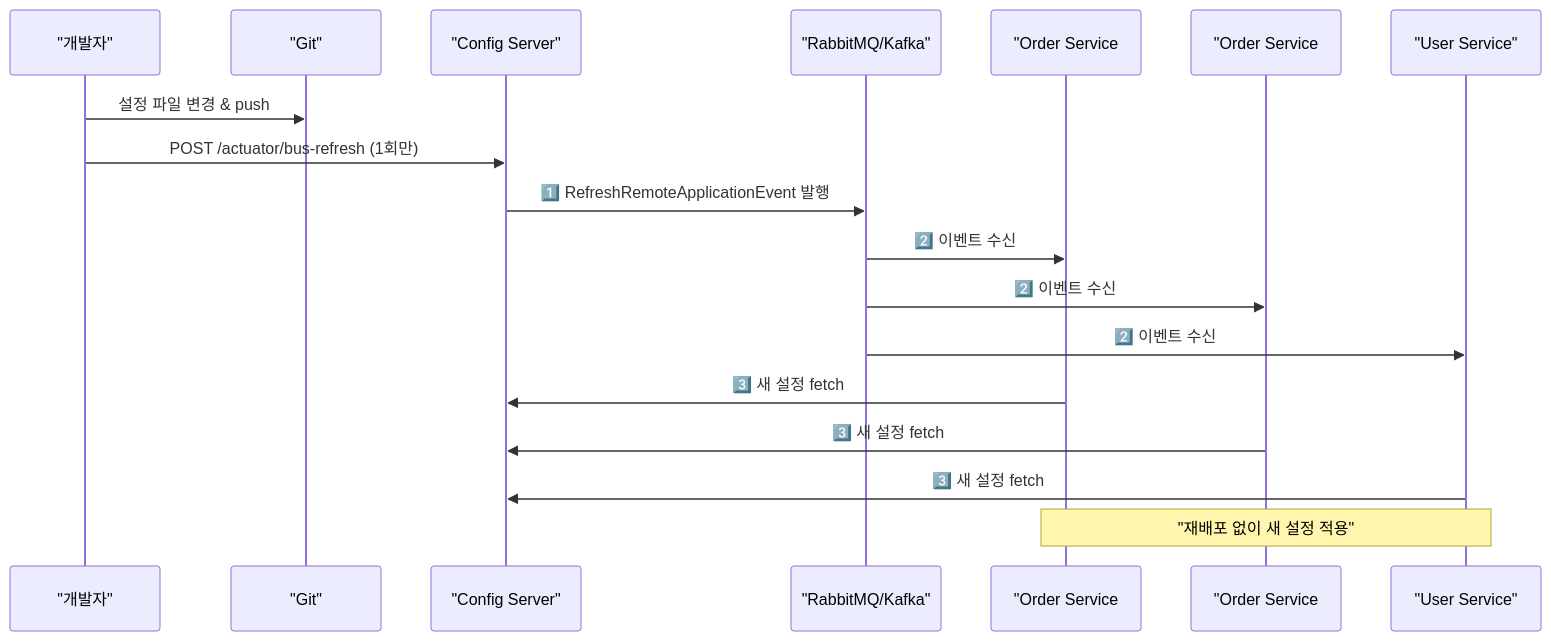
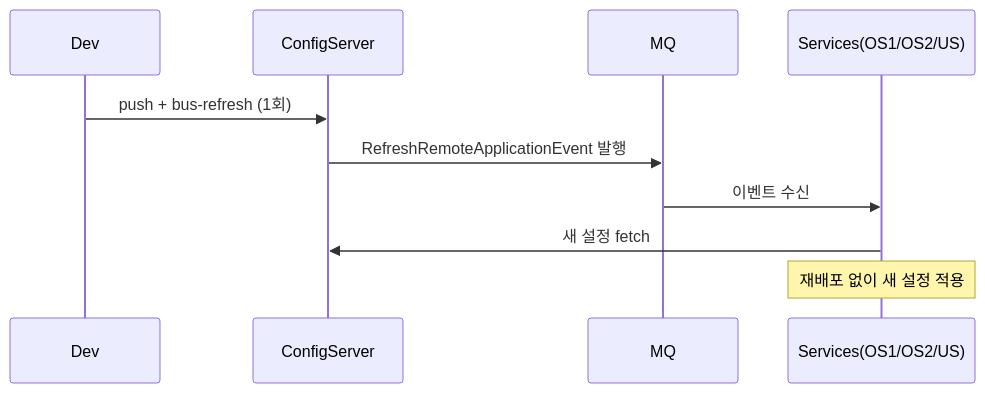
One commit to yjkim2015/yjkim2015.github.io changed the second of 2 diagrams in _posts/spring/2026-05-01-spring-config.md. Above: the diagram before and after it, drawn with Mermaid. The commit also changed other lines of this file and 215 other files, not shown here.

First line of the commit message:
신규 포스트 10개 추가 + Mermaid 전면 축소 + SystemDesign 시리즈 보강

````diff
--- a/_posts/spring/2026-05-01-spring-config.md
+++ b/_posts/spring/2026-05-01-spring-config.md
@@ -172,21 +158,12 @@
 ```mermaid
 sequenceDiagram
-    participant DEV as "개발자"
-    participant GIT as "Git"
-    participant CS as "Config Server"
-    participant MQ as "RabbitMQ/Kafka"
-    participant OS1 as "Order Service #1"
-    participant OS2 as "Order Service #2"
-    participant US as "User Service"
-
-    DEV->>GIT: 설정 파일 변경 & push
-    DEV->>CS: POST /actuator/bus-refresh (1회만)
-    CS->>MQ: 1️⃣ RefreshRemoteApplicationEvent 발행
-    MQ->>OS1: 2️⃣ 이벤트 수신
-    MQ->>OS2: 2️⃣ 이벤트 수신
-    MQ->>US: 2️⃣ 이벤트 수신
-    OS1->>CS: 3️⃣ 새 설정 fetch
-    OS2->>CS: 3️⃣ 새 설정 fetch
-    US->>CS: 3️⃣ 새 설정 fetch
-    Note over OS1,US: "재배포 없이 새 설정 적용"
+    participant DEV as Dev
+    participant CS as ConfigServer
+    participant MQ as MQ
+    participant SVC as Services(OS1/OS2/US)
+    DEV->>CS: push + bus-refresh (1회)
+    CS->>MQ: RefreshRemoteApplicationEvent 발행
+    MQ->>SVC: 이벤트 수신
+    SVC->>CS: 새 설정 fetch
+    Note over SVC: 재배포 없이 새 설정 적용
 ```
````
